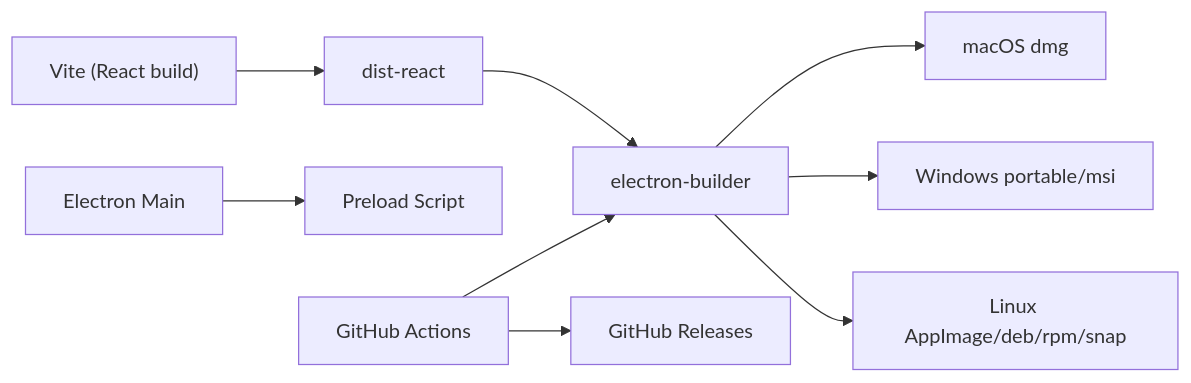
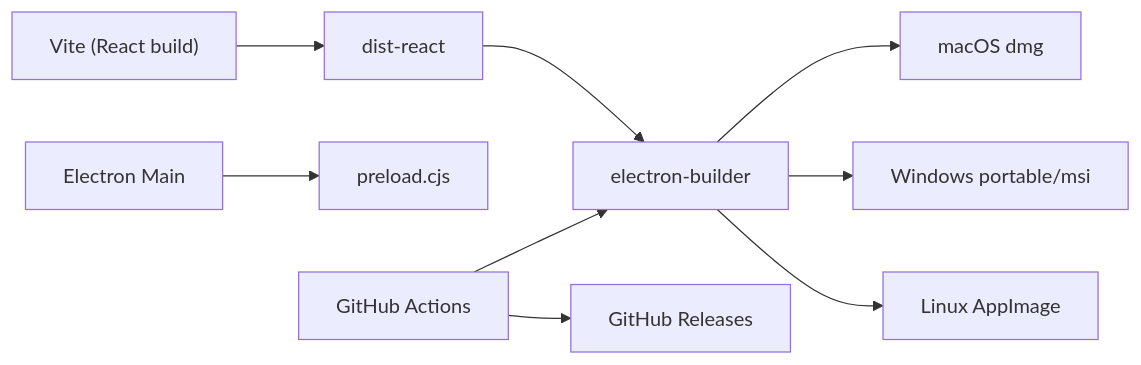
The third of 3 diagrams in src/data/docs/bulk-messaging-system/Build and Deployment.md (tashifkhan/tashif.codes), drawn with Mermaid before and after one commit. The commit also changed other lines of this file and 2128 other files, not shown here.

First line of the commit message:
docs: replace raster diagram images with native Mermaid across project guides

````diff
--- a/src/data/docs/bulk-messaging-system/Build and Deployment.md
+++ b/src/data/docs/bulk-messaging-system/Build and Deployment.md
@@ -153,11 +160,11 @@
 ```mermaid
 graph LR
 Vite["Vite (React build)"] --> Dist["dist-react"]
 Dist --> EB["electron-builder"]
-Main["Electron Main"] --> Preload["Preload Script"]
+Main["Electron Main"] --> Preload["preload.cjs"]
 EB --> Mac["macOS dmg"]
 EB --> Win["Windows portable/msi"]
-EB --> Lin["Linux AppImage/deb/rpm/snap"]
+EB --> Lin["Linux AppImage"]
 GH["GitHub Actions"] --> EB
-GH --> Rel["GitHub Releases"]
+GH["GitHub Actions"] --> Rel["GitHub Releases"]
 ```
````
